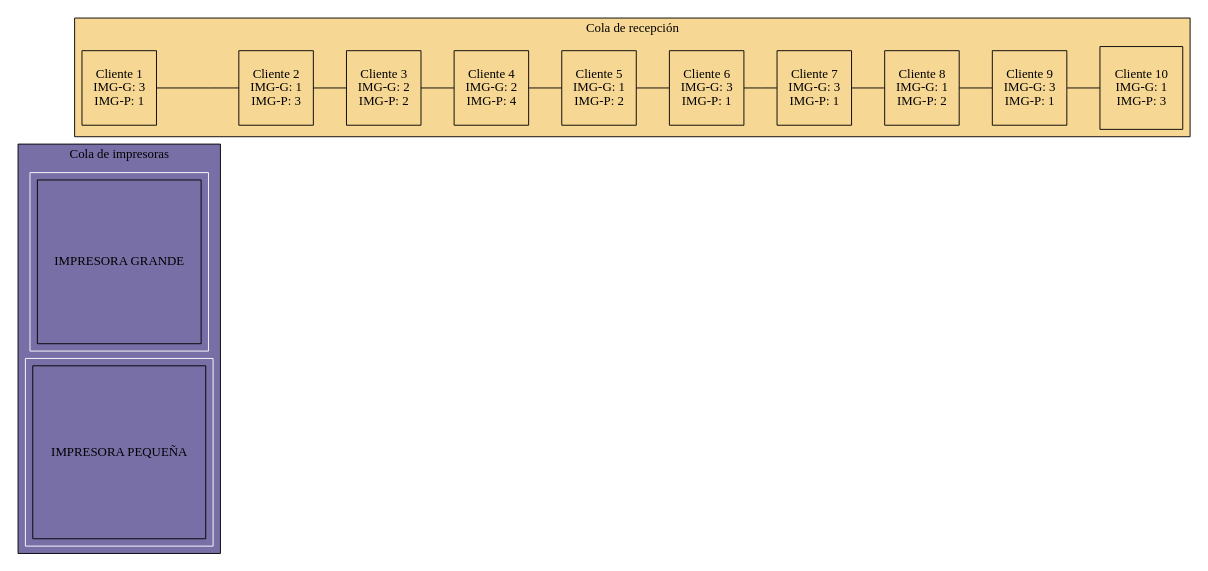
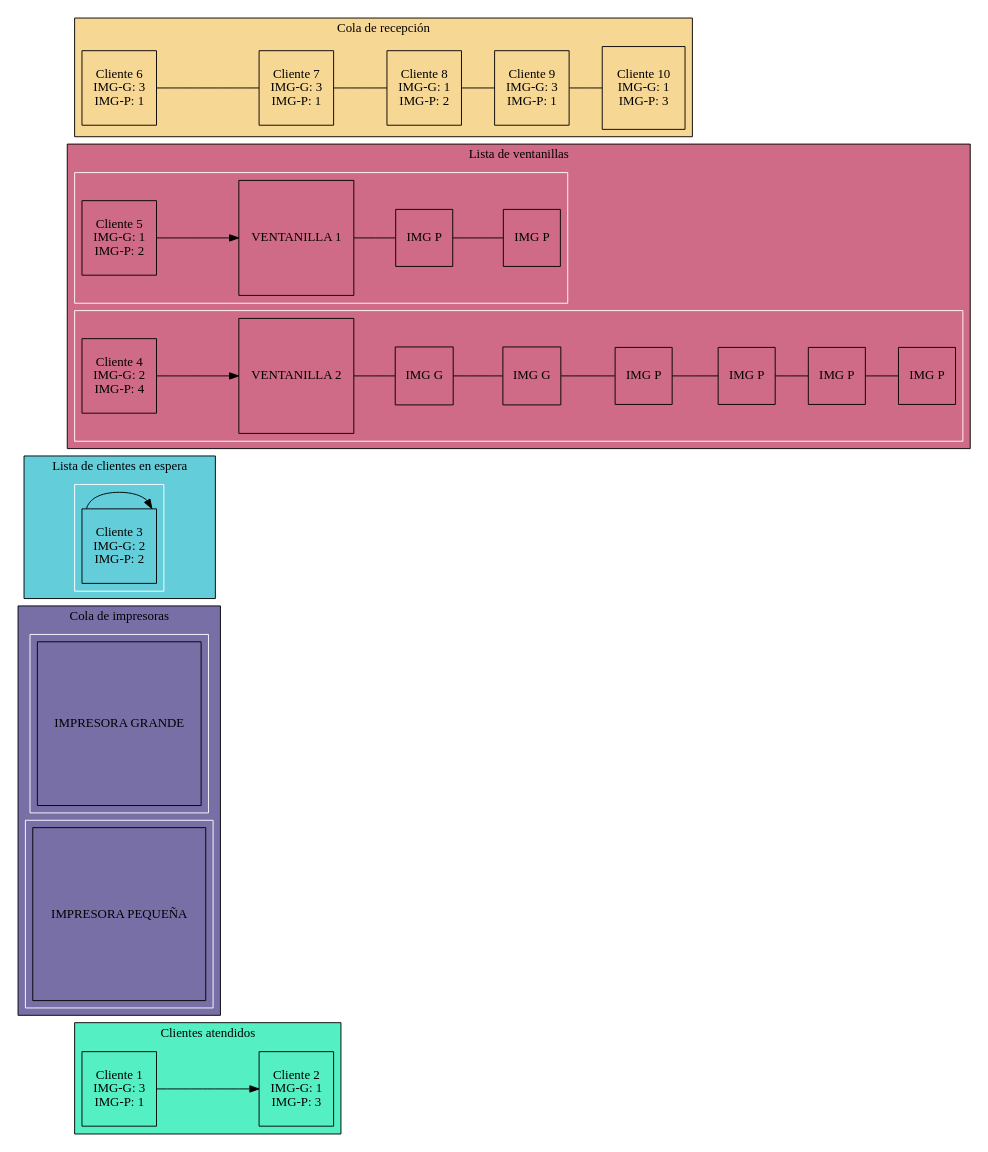
One commit to 202208521-luis-morales/EDD_2024S1_Fase1 changed the diagram in grafo.dot. Above: the diagram before and after it, drawn with Graphviz.

Commit message:
Pequeñas correcciones

```diff
--- a/grafo.dot
+++ b/grafo.dot
@@ -1,57 +1,86 @@
 digraph G {
 rankdir=LR
 subgraph cluster_5 {
 label = "Clientes atendidos";
 bgcolor="#55efc4"
 node[shape=square]
+Nodo5_1 [label="Cliente 1\nIMG-G: 3\nIMG-P: 1"];
+Nodo5_2 [label="Cliente 2\nIMG-G: 1\nIMG-P: 3"];
+Nodo5_1                    -> Nodo5_2                   
 }
 subgraph cluster_4 {
 label = "Cola de impresoras";
 bgcolor="#786fa6"
 node[shape=square]
 subgraph cluster_4_1 {
 label = ""
 color=white
 Nodo4_1_1 [label="IMPRESORA GRANDE"];
 }
 subgraph cluster_4_2 {
 label = ""
 color=white
 Nodo4_2_1 [label="IMPRESORA PEQUEÑA"];
 }
 }
 subgraph cluster_3 {
 label = "Lista de clientes en espera";
 bgcolor="#63cdda"
 node[shape=square]
+subgraph cluster_3_1 {
+label = ""
+color=white
+Nodo3_1_1 [label="Cliente 3\nIMG-G: 2\nIMG-P: 2"];
+}
+Nodo3_1_1 -> Nodo3_1_1
 }
 subgraph cluster_2 {
 label = "Lista de ventanillas";
 bgcolor="#cf6a87";
 node[shape=square]
+subgraph cluster_2_1                   {
+label = ""
+color=white
+Nodo2_1_1 [label="VENTANILLA 1"];
+Nodo2_1_0  [label="Cliente 5\nIMG-G: 1\nIMG-P: 2"];
+Nodo2_1_0 -> Nodo2_1_1
+Nodo2_1_2 [label="IMG P"];
+Nodo2_1_1 -> Nodo2_1_2 [dir=none]
+Nodo2_1_3 [label="IMG P"];
+Nodo2_1_2 -> Nodo2_1_3 [dir=none]
+}
+subgraph cluster_2_2                   {
+label = ""
+color=white
+Nodo2_2_1 [label="VENTANILLA 2"];
+Nodo2_2_0  [label="Cliente 4\nIMG-G: 2\nIMG-P: 4"];
+Nodo2_2_0 -> Nodo2_2_1
+Nodo2_2_2 [label="IMG G"];
+Nodo2_2_1 -> Nodo2_2_2 [dir=none]
+Nodo2_2_3 [label="IMG G"];
+Nodo2_2_2 -> Nodo2_2_3 [dir=none]
+Nodo2_2_4 [label="IMG P"];
+Nodo2_2_3 -> Nodo2_2_4 [dir=none]
+Nodo2_2_5 [label="IMG P"];
+Nodo2_2_4 -> Nodo2_2_5 [dir=none]
+Nodo2_2_6 [label="IMG P"];
+Nodo2_2_5 -> Nodo2_2_6 [dir=none]
+Nodo2_2_7 [label="IMG P"];
+Nodo2_2_6 -> Nodo2_2_7 [dir=none]
+}
 }
 subgraph cluster_1 {
 label = "Cola de recepción";
 bgcolor="#f7d794"
 node[shape=square]
-Nodo1_1                    [label="Cliente 1\nIMG-G: 3\nIMG-P: 1"];
-Nodo1_2                    [label="Cliente 2\nIMG-G: 1\nIMG-P: 3"];
+Nodo1_1                    [label="Cliente 6\nIMG-G: 3\nIMG-P: 1"];
+Nodo1_2                    [label="Cliente 7\nIMG-G: 3\nIMG-P: 1"];
 Nodo1_1                    -> Nodo1_2                    [dir=none]
-Nodo1_3                    [label="Cliente 3\nIMG-G: 2\nIMG-P: 2"];
+Nodo1_3                    [label="Cliente 8\nIMG-G: 1\nIMG-P: 2"];
 Nodo1_2                    -> Nodo1_3                    [dir=none]
-Nodo1_4                    [label="Cliente 4\nIMG-G: 2\nIMG-P: 4"];
+Nodo1_4                    [label="Cliente 9\nIMG-G: 3\nIMG-P: 1"];
 Nodo1_3                    -> Nodo1_4                    [dir=none]
-Nodo1_5                    [label="Cliente 5\nIMG-G: 1\nIMG-P: 2"];
+Nodo1_5                    [label="Cliente 10\nIMG-G: 1\nIMG-P: 3"];
 Nodo1_4                    -> Nodo1_5                    [dir=none]
-Nodo1_6                    [label="Cliente 6\nIMG-G: 3\nIMG-P: 1"];
-Nodo1_5                    -> Nodo1_6                    [dir=none]
-Nodo1_7                    [label="Cliente 7\nIMG-G: 3\nIMG-P: 1"];
-Nodo1_6                    -> Nodo1_7                    [dir=none]
-Nodo1_8                    [label="Cliente 8\nIMG-G: 1\nIMG-P: 2"];
-Nodo1_7                    -> Nodo1_8                    [dir=none]
-Nodo1_9                    [label="Cliente 9\nIMG-G: 3\nIMG-P: 1"];
-Nodo1_8                    -> Nodo1_9                    [dir=none]
-Nodo1_10                   [label="Cliente 10\nIMG-G: 1\nIMG-P: 3"];
-Nodo1_9                    -> Nodo1_10                   [dir=none]
 }
 }
```
